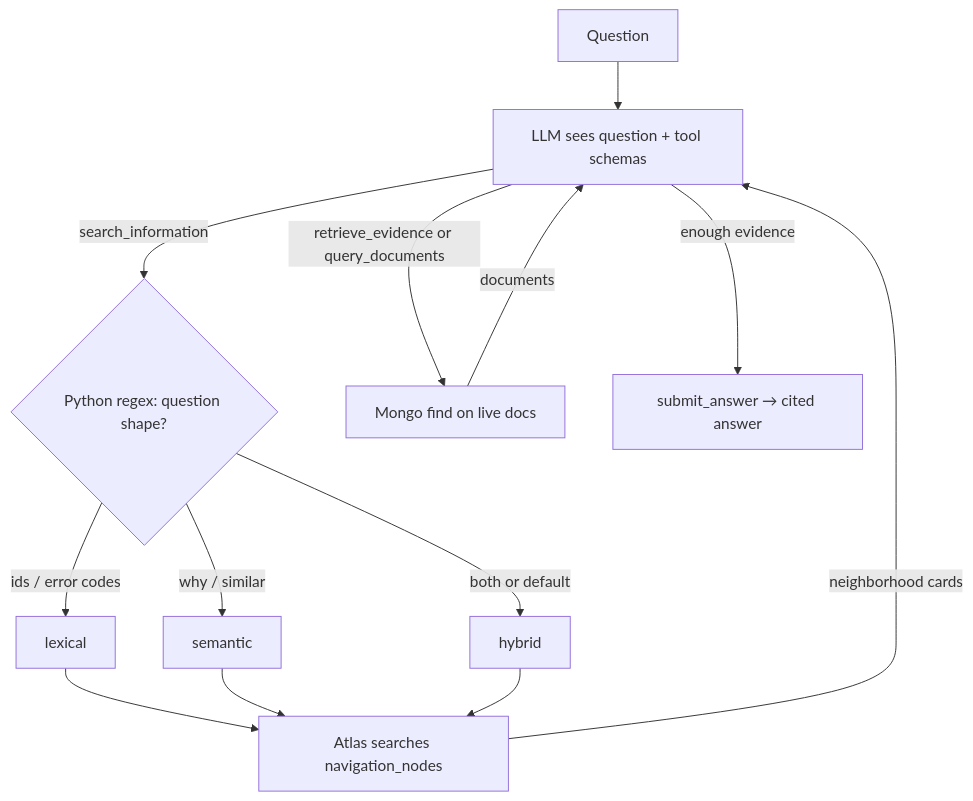
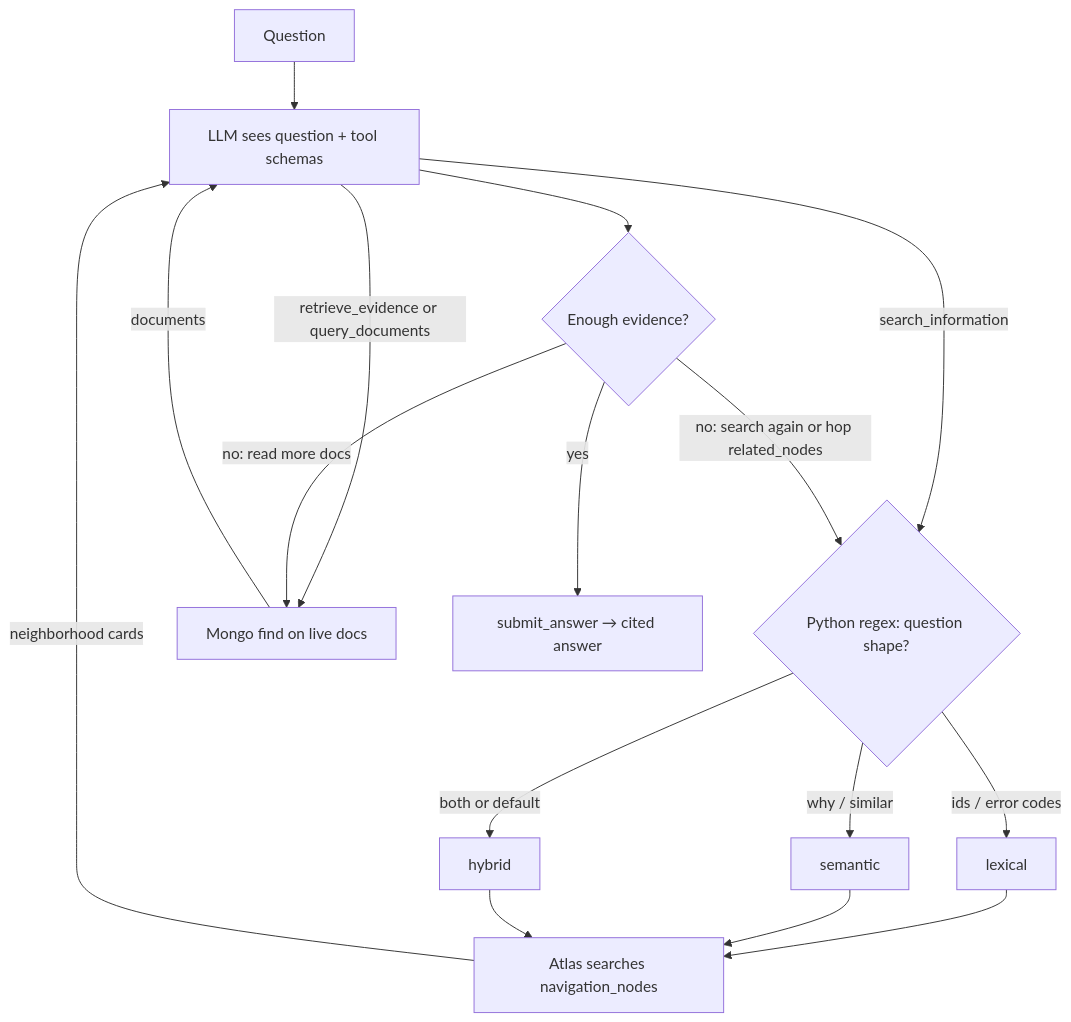
One commit to shekhartata/mare changed the diagram in README.md. Above: the diagram before and after it, drawn with Mermaid. The commit also changed other lines of this file, not shown here.

Commit message:
Show the not-enough retrieval loop on the README flowchart.

````diff
--- a/README.md
+++ b/README.md
@@ -138,15 +138,18 @@
 ```mermaid
 flowchart TD
     Q[Question] --> LLM["LLM sees question + tool schemas"]
     LLM -->|"search_information"| RX{"Python regex: question shape?"}
     RX -->|"ids / error codes"| LEX[lexical]
     RX -->|"why / similar"| SEM[semantic]
     RX -->|"both or default"| HYB[hybrid]
     LEX --> AT["Atlas searches navigation_nodes"]
     SEM --> AT
     HYB --> AT
     AT -->|"neighborhood cards"| LLM
     LLM -->|"retrieve_evidence or query_documents"| MN["Mongo find on live docs"]
     MN -->|"documents"| LLM
-    LLM -->|"enough evidence"| ANS["submit_answer → cited answer"]
+    LLM --> DEC{"Enough evidence?"}
+    DEC -->|"no: search again or hop related_nodes"| RX
+    DEC -->|"no: read more docs"| MN
+    DEC -->|"yes"| ANS["submit_answer → cited answer"]
 ```
````
